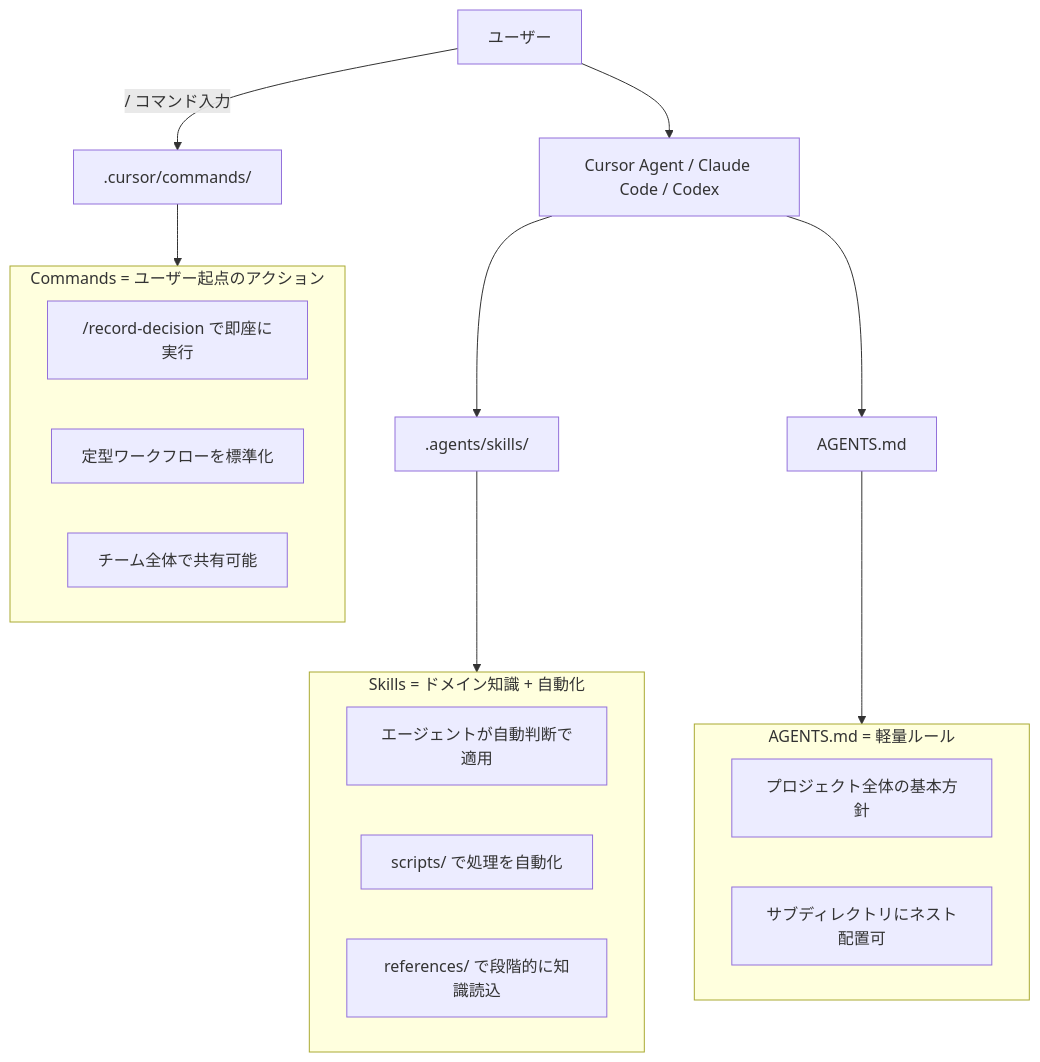
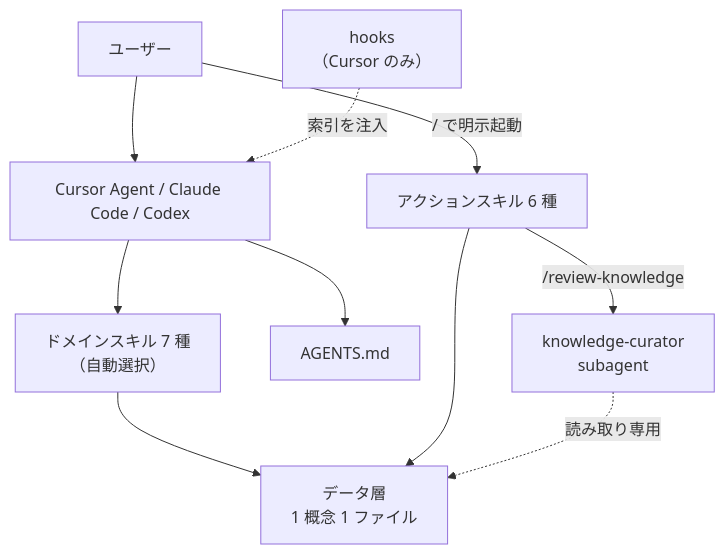
The diagram in README.md (shioki/Cursor-Knowledge-Management-System), drawn with Mermaid before and after one commit. The commit also changed other lines of this file and 13 other files, not shown here.

````diff
--- a/README.md
+++ b/README.md
@@ -165,29 +135,15 @@
 ```mermaid
 graph TB
     User[ユーザー] --> Agent[Cursor Agent / Claude Code / Codex]
 
-    Agent --> Skills[".agents/skills/"]
+    Agent --> Domain["ドメインスキル 7 種<br/>（自動選択）"]
+    User -->|"/ で明示起動"| Action["アクションスキル 6 種"]
     Agent --> AgentsMd["AGENTS.md"]
-    User -->|"/ コマンド入力"| Commands[".cursor/commands/"]
 
-    subgraph skillsArea ["Skills = ドメイン知識 + 自動化"]
-        S1["エージェントが自動判断で適用"]
-        S2["scripts/ で処理を自動化"]
-        S3["references/ で段階的に知識読込"]
-    end
+    Hooks["hooks<br/>（Cursor のみ）"] -.索引を注入.-> Agent
+    Action -->|"/review-knowledge"| Sub["knowledge-curator<br/>subagent"]
 
-    subgraph commandsArea ["Commands = ユーザー起点のアクション"]
-        C1["/record-decision で即座に実行"]
-        C2["定型ワークフローを標準化"]
-        C3["チーム全体で共有可能"]
-    end
-
-    subgraph agentsMdArea ["AGENTS.md = 軽量ルール"]
-        A1["プロジェクト全体の基本方針"]
-        A2["サブディレクトリにネスト配置可"]
-    end
-
-    Skills --> skillsArea
-    Commands --> commandsArea
-    AgentsMd --> agentsMdArea
+    Domain --> Data["データ層<br/>1 概念 1 ファイル"]
+    Action --> Data
+    Sub -.読み取り専用.-> Data
 ```
````
